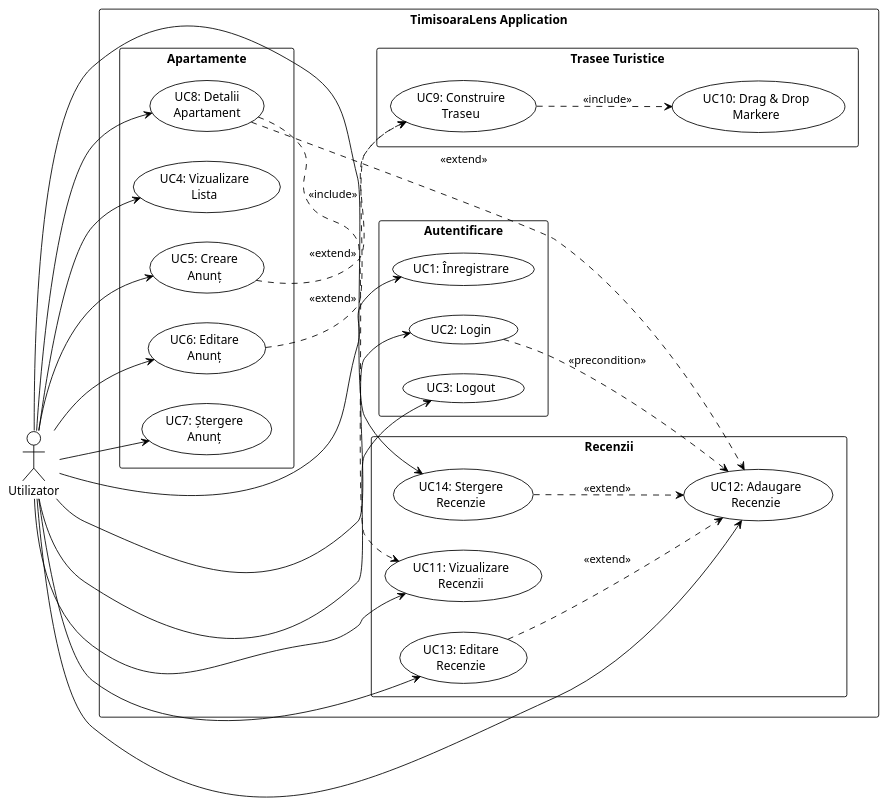
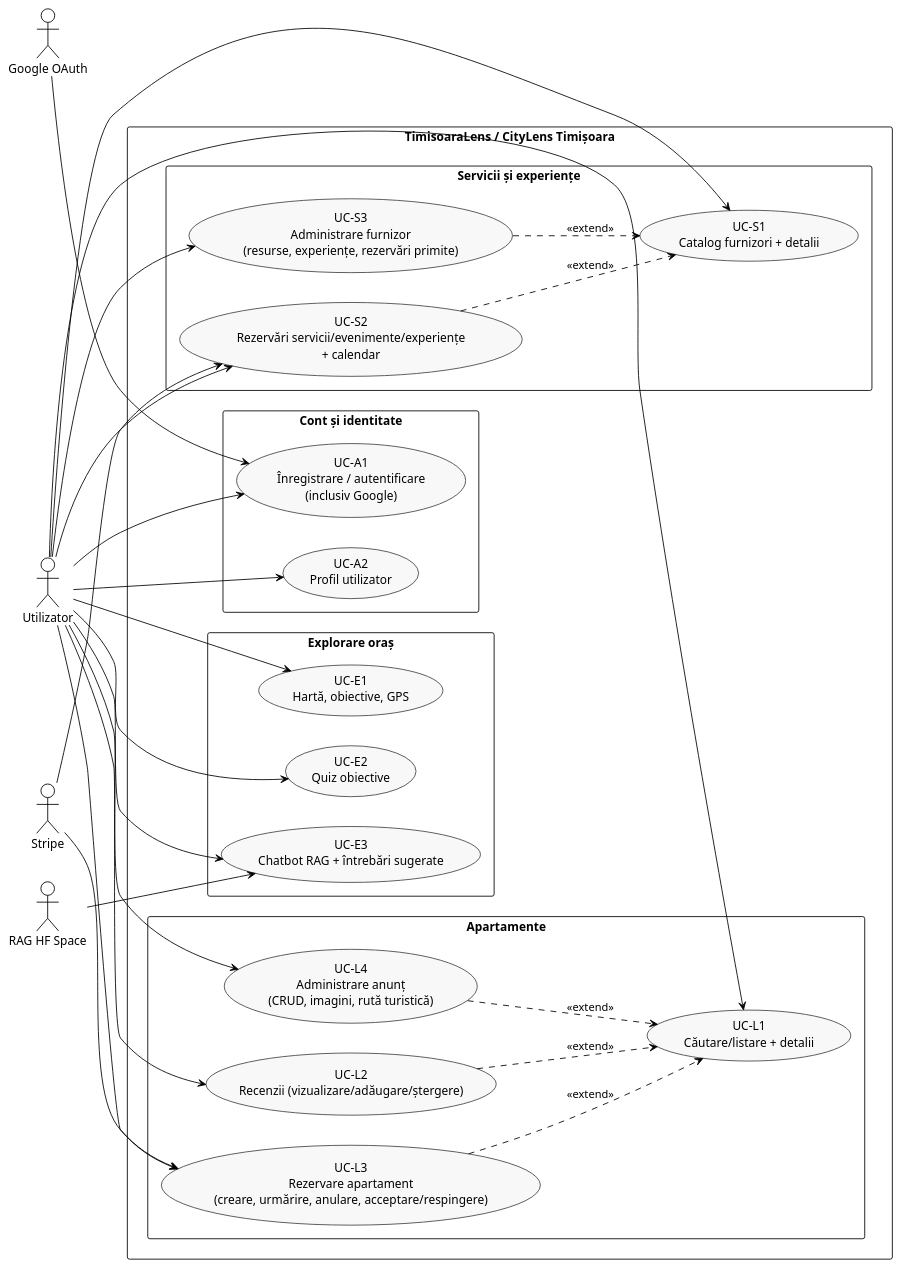
The diagram in docs/1-usecase-diagram.puml (CristiL75/TimisoaraLens), drawn with PlantUML before and after one commit. The commit also changed 9 other files, not shown here.

```diff
--- a/docs/1-usecase-diagram.puml
+++ b/docs/1-usecase-diagram.puml
@@ -1,63 +1,66 @@
-@startuml TimisoaraLens Use Case Diagram - Simplified
+@startuml TimisoaraLens Use Case Diagram - Compact
 !theme plain
 left to right direction
 skinparam packageStyle rectangle
-
-actor "Utilizator" as user
-
-rectangle "TimisoaraLens Application" {
-    
-    package "Autentificare" {
-        usecase (UC1: Înregistrare) as UC1
-        usecase (UC2: Login) as UC2
-        usecase (UC3: Logout) as UC3
-    }
-    
-    package "Apartamente" {
-        usecase (UC4: Vizualizare\nLista) as UC4
-        usecase (UC5: Creare\nAnunț) as UC5
-        usecase (UC6: Editare\nAnunț) as UC6
-        usecase (UC7: Ștergere\nAnunț) as UC7
-        usecase (UC8: Detalii\nApartament) as UC8
-    }
-    
-    package "Trasee Turistice" {
-        usecase (UC9: Construire\nTraseu) as UC9
-        usecase (UC10: Drag & Drop\nMarkere) as UC10
-    }
-    
-    package "Recenzii" {
-        usecase (UC11: Vizualizare\nRecenzii) as UC11
-        usecase (UC12: Adaugare\nRecenzie) as UC12
-        usecase (UC13: Editare\nRecenzie) as UC13
-        usecase (UC14: Stergere\nRecenzie) as UC14
-    }
-    
+skinparam shadowing false
+skinparam usecase {
+  BackgroundColor #F8F8F8
+  BorderColor #444444
 }
 
+actor "Utilizator" as User
+actor "Google OAuth" as GoogleOAuth
+actor "Stripe" as Stripe
+actor "RAG HF Space" as RagService
 
-' Actori
-user --> UC1
-user --> UC2
-user --> UC3
-user --> UC4
-user --> UC5
-user --> UC6
-user --> UC7
-user --> UC8
-user --> UC11
-user --> UC12
-user --> UC13
-user --> UC14
+rectangle "TimisoaraLens / CityLens Timișoara" {
+    package "Cont și identitate" {
+        usecase "UC-A1\nÎnregistrare / autentificare\n(inclusiv Google)" as UCA1
+        usecase "UC-A2\nProfil utilizator" as UCA2
+    }
 
-' Use cases
-UC5 ..> UC9 : <<extend>>
-UC6 ..> UC9 : <<extend>>
-UC9 ..> UC10 : <<include>>
-UC8 ..> UC11 : <<include>>
-UC8 ..> UC12 : <<extend>>
-UC2 ..> UC12 : <<precondition>>
-UC13 ..> UC12 : <<extend>>
-UC14 ..> UC12 : <<extend>>
+    package "Explorare oraș" {
+        usecase "UC-E1\nHartă, obiective, GPS" as UCE1
+        usecase "UC-E2\nQuiz obiective" as UCE2
+        usecase "UC-E3\nChatbot RAG + întrebări sugerate" as UCE3
+    }
+
+    package "Apartamente" {
+        usecase "UC-L1\nCăutare/listare + detalii" as UCL1
+        usecase "UC-L2\nRecenzii (vizualizare/adăugare/ștergere)" as UCL2
+        usecase "UC-L3\nRezervare apartament\n(creare, urmărire, anulare, acceptare/respingere)" as UCL3
+        usecase "UC-L4\nAdministrare anunț\n(CRUD, imagini, rută turistică)" as UCL4
+    }
+
+    package "Servicii și experiențe" {
+        usecase "UC-S1\nCatalog furnizori + detalii" as UCS1
+        usecase "UC-S2\nRezervări servicii/evenimente/experiențe\n+ calendar" as UCS2
+        usecase "UC-S3\nAdministrare furnizor\n(resurse, experiențe, rezervări primite)" as UCS3
+    }
+}
+
+User --> UCA1
+User --> UCA2
+User --> UCE1
+User --> UCE2
+User --> UCE3
+User --> UCL1
+User --> UCL2
+User --> UCL3
+User --> UCL4
+User --> UCS1
+User --> UCS2
+User --> UCS3
+
+GoogleOAuth --> UCA1
+RagService --> UCE3
+Stripe --> UCL3
+Stripe --> UCS2
+
+UCL2 ..> UCL1 : <<extend>>
+UCL3 ..> UCL1 : <<extend>>
+UCL4 ..> UCL1 : <<extend>>
+UCS2 ..> UCS1 : <<extend>>
+UCS3 ..> UCS1 : <<extend>>
 
 @enduml
```
